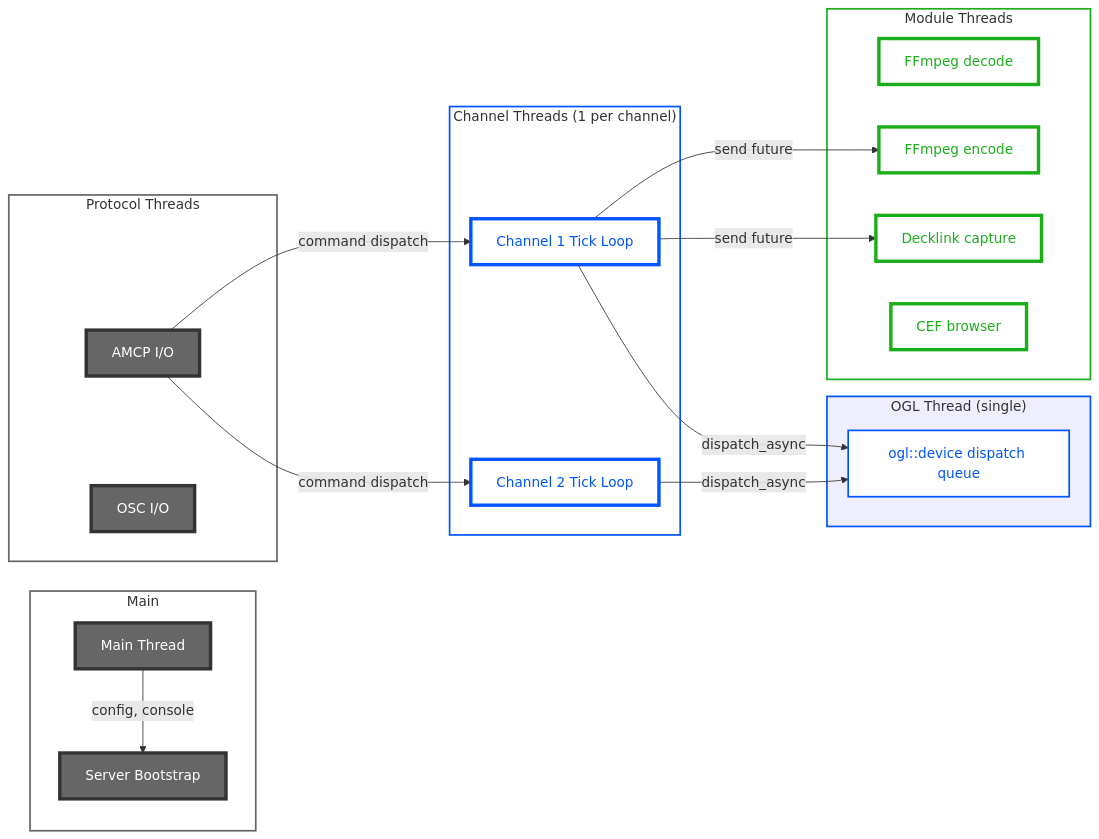
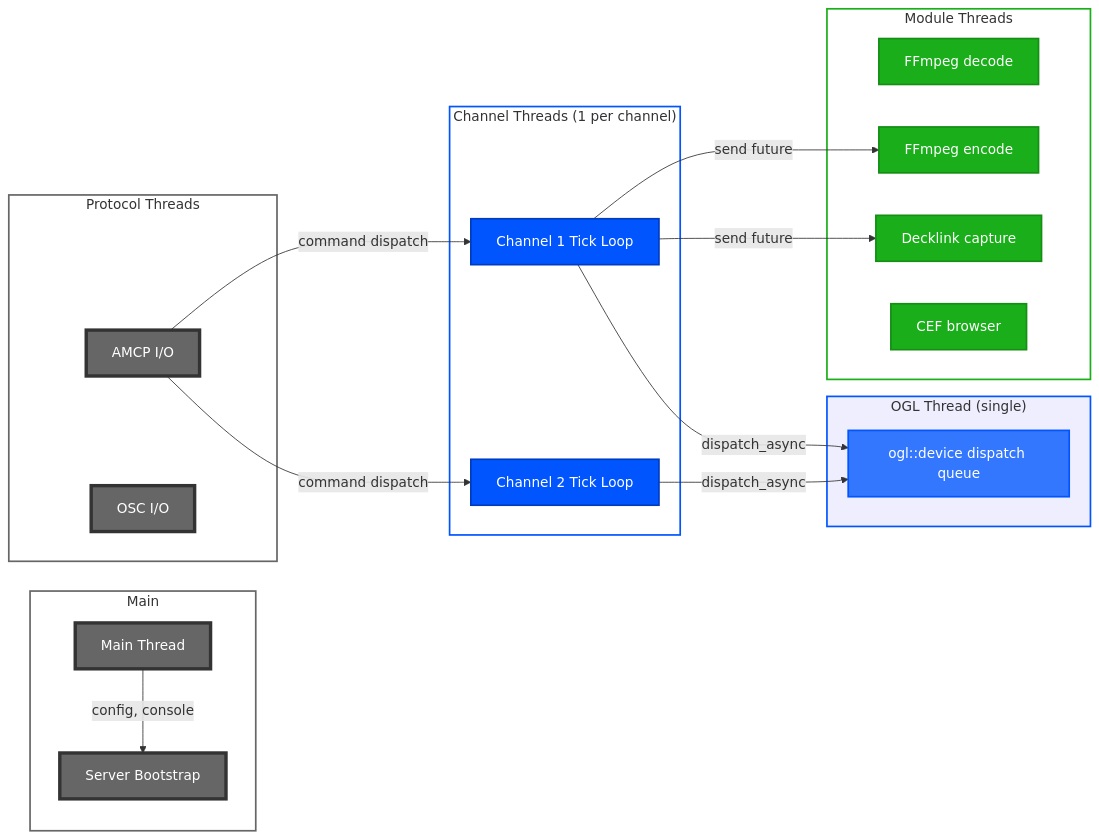
Before and after one commit to den-frie-vilje/casparCG: the third of 10 diagrams in docs/architecture.md, drawn with Mermaid. The commit also changed other lines of this file, not shown here.

Commit message:
docs: use solid fills in all diagrams

````diff
--- a/docs/architecture.md
+++ b/docs/architecture.md
@@ -174,50 +174,50 @@
 ```mermaid
 graph LR
-    classDef coreNode fill:#FFF,color:#0055FF,stroke:#0055FF,stroke-width:4px
-    classDef moduleNode fill:#FFF,color:#1AAF1A,stroke:#1AAF1A,stroke-width:4px
-    classDef gpuNode fill:#FFF,color:#0055FF,stroke:#0055FF,stroke-width:2px
+    classDef coreNode fill:#0055FF,color:#FFF,stroke:#003CC0,stroke-width:2px
+    classDef moduleNode fill:#1AAF1A,color:#FFF,stroke:#148F14,stroke-width:2px
+    classDef gpuNode fill:#3377FF,color:#FFF,stroke:#0055FF,stroke-width:2px
     classDef ctrlNode fill:#666,color:#FFF,stroke:#333,stroke-width:4px
     classDef sgCore stroke:#0055FF,fill:#FFF,stroke-width:2px
     classDef sgModule stroke:#1AAF1A,fill:#FFF,stroke-width:2px
     classDef sgGpu stroke:#0055FF,fill:#EEF,stroke-width:2px
     classDef sgCtrl stroke:#666,fill:#FFF,stroke-width:2px
 
     subgraph Main
         MT[Main Thread]:::ctrlNode
         MT -->|config, console| BOOT[Server Bootstrap]:::ctrlNode
     end
 
     subgraph ChannelThreads["Channel Threads (1 per channel)"]
         CH1[Channel 1 Tick Loop]:::coreNode
         CH2[Channel 2 Tick Loop]:::coreNode
     end
 
     subgraph GPU["OGL Thread (single)"]
         GL[ogl::device dispatch queue]:::gpuNode
     end
 
     subgraph Protocol["Protocol Threads"]
         AMCP_T[AMCP I/O]:::ctrlNode
         OSC_T[OSC I/O]:::ctrlNode
     end
 
     subgraph ModuleThreads["Module Threads"]
         FF_DEC[FFmpeg decode]:::moduleNode
         FF_ENC[FFmpeg encode]:::moduleNode
         DL_CAP[Decklink capture]:::moduleNode
         HTML_T[CEF browser]:::moduleNode
     end
 
     CH1 -->|dispatch_async| GL
     CH2 -->|dispatch_async| GL
 
     class Main sgCtrl
     class ChannelThreads sgCore
     class GPU sgGpu
     class Protocol sgCtrl
     class ModuleThreads sgModule
     AMCP_T -->|command dispatch| CH1
     AMCP_T -->|command dispatch| CH2
     CH1 -->|send future| FF_ENC
     CH1 -->|send future| DL_CAP
 ```
````
